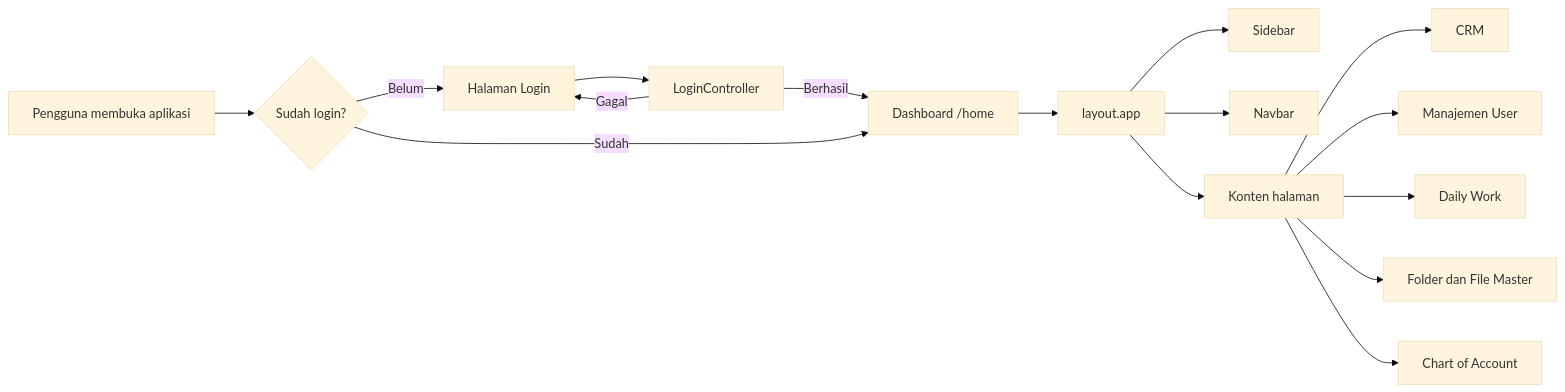
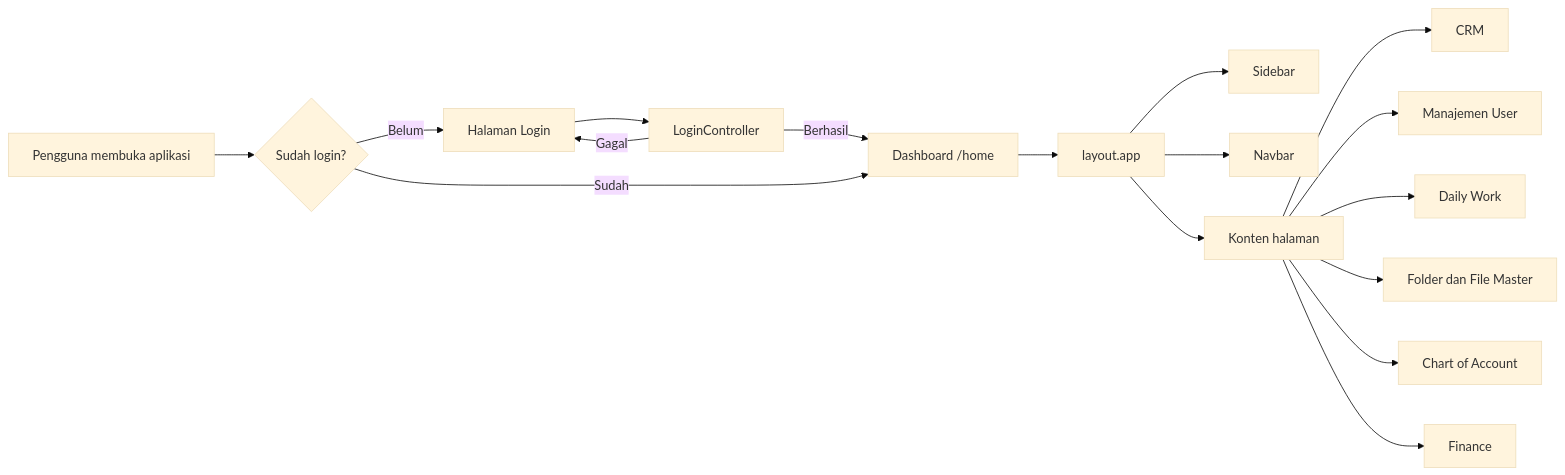
The first of 8 diagrams in README.md (galangrakalighter/erp_lmg), drawn with Mermaid (base theme) before and after one commit. The commit also changed other lines of this file and 26 other files, not shown here.

````diff
--- a/README.md
+++ b/README.md
@@ -182,18 +203,19 @@
 ```mermaid
 flowchart LR
     A[Pengguna membuka aplikasi] --> B{Sudah login?}
     B -- Belum --> C[Halaman Login]
     C --> D[LoginController]
     D -->|Berhasil| E[Dashboard /home]
     D -->|Gagal| C
     B -- Sudah --> E
     E --> F[layout.app]
     F --> G[Sidebar]
     F --> H[Navbar]
     F --> I[Konten halaman]
     I --> J[CRM]
     I --> K[Manajemen User]
     I --> L[Daily Work]
     I --> M[Folder dan File Master]
     I --> N[Chart of Account]
+    I --> O[Finance]
 ```
````
